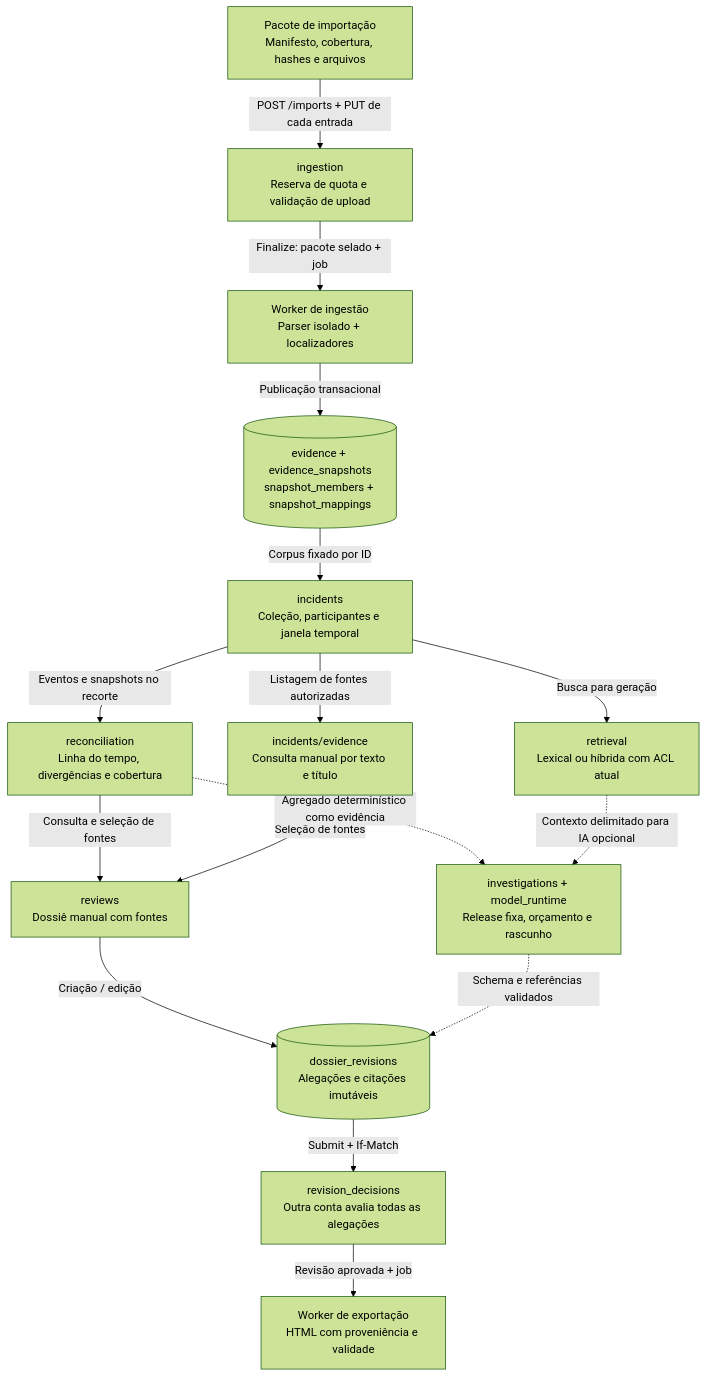
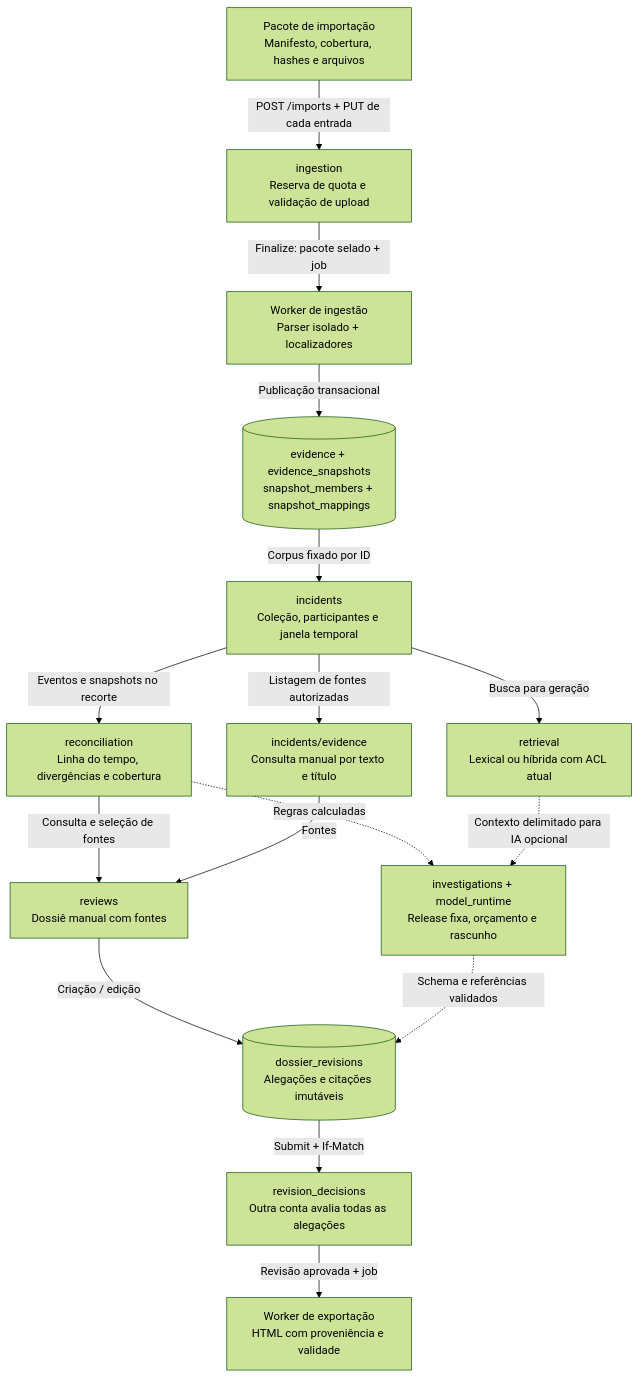
The first of 3 diagrams in docs/architecture.md (arthurjoanes/evidencedesk), drawn with Mermaid (forest theme) before and after one commit. The commit also changed other lines of this file and 22 other files, not shown here.

````diff
--- a/docs/architecture.md
+++ b/docs/architecture.md
@@ -13,32 +13,32 @@
 ```mermaid
 flowchart TB
     Package["Pacote de importação<br/>Manifesto, cobertura, hashes e arquivos"]
     Ingest["ingestion<br/>Reserva de quota e validação de upload"]
     Parse["Worker de ingestão<br/>Parser isolado + localizadores"]
     Snapshot[("evidence + evidence_snapshots<br/>snapshot_members + snapshot_mappings")]
     Incident["incidents<br/>Coleção, participantes e janela temporal"]
     Rules["reconciliation<br/>Linha do tempo, divergências e cobertura"]
     Search["retrieval<br/>Lexical ou híbrida com ACL atual"]
     SourceList["incidents/evidence<br/>Consulta manual por texto e título"]
     Manual["reviews<br/>Dossiê manual com fontes"]
     Generate["investigations + model_runtime<br/>Release fixa, orçamento e rascunho"]
     Revision[("dossier_revisions<br/>Alegações e citações imutáveis")]
     Decision["revision_decisions<br/>Outra conta avalia todas as alegações"]
     Export["Worker de exportação<br/>HTML com proveniência e validade"]
 
     Package -->|"POST /imports + PUT de cada entrada"| Ingest
     Ingest -->|"Finalize: pacote selado + job"| Parse
     Parse -->|"Publicação transacional"| Snapshot
     Snapshot -->|"Corpus fixado por ID"| Incident
     Incident -->|"Eventos e snapshots no recorte"| Rules
     Incident -->|"Busca para geração"| Search
     Incident -->|"Listagem de fontes autorizadas"| SourceList
     Rules -->|"Consulta e seleção de fontes"| Manual
-    SourceList -->|"Seleção de fontes"| Manual
-    Rules -.->|"Agregado determinístico como evidência"| Generate
+    SourceList -->|"Fontes"| Manual
+    Rules -.->|"Regras calculadas"| Generate
     Search -.->|"Contexto delimitado para IA opcional"| Generate
     Manual -->|"Criação / edição"| Revision
     Generate -.->|"Schema e referências validados"| Revision
     Revision -->|"Submit + If-Match"| Decision
     Decision -->|"Revisão aprovada + job"| Export
 ```
````
